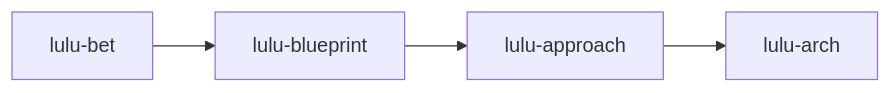
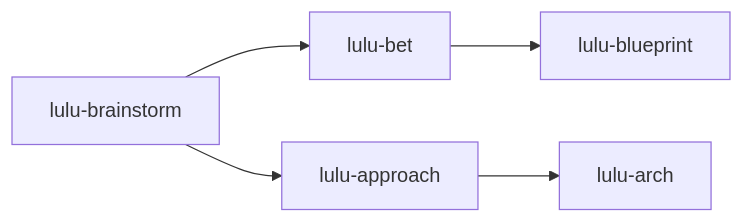
Before and after one commit to lulufoo/lulu-workflow: the first of 2 diagrams in README.md, drawn with Mermaid. The commit also changed other lines of this file and 1 other file, not shown here.

First line of the commit message:
docs(readme): redraw both lines as parallel tracks and drop lulu-review

````diff
--- a/README.md
+++ b/README.md
@@ -34,4 +36,5 @@
 ```mermaid
 flowchart LR
-  bet[lulu-bet] --> blueprint[lulu-blueprint] --> approach[lulu-approach] --> arch[lulu-arch]
+  brainstorm[lulu-brainstorm] --> bet[lulu-bet] --> blueprint[lulu-blueprint]
+  brainstorm --> approach[lulu-approach] --> arch[lulu-arch]
 ```
````
